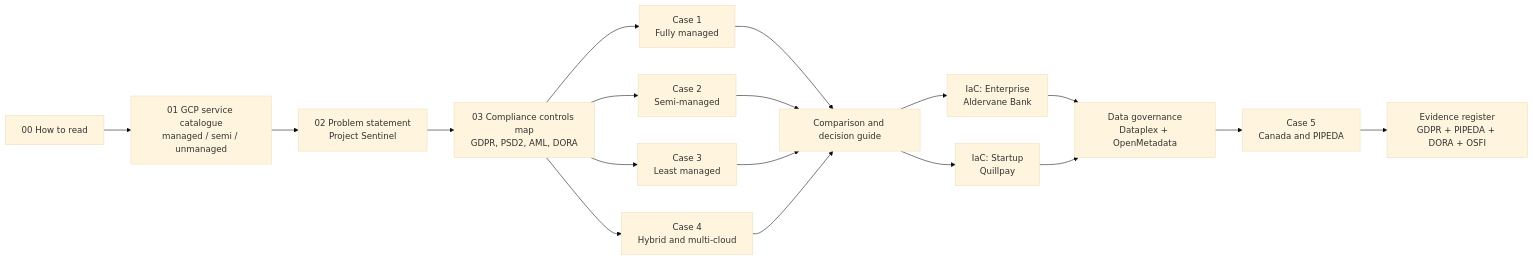
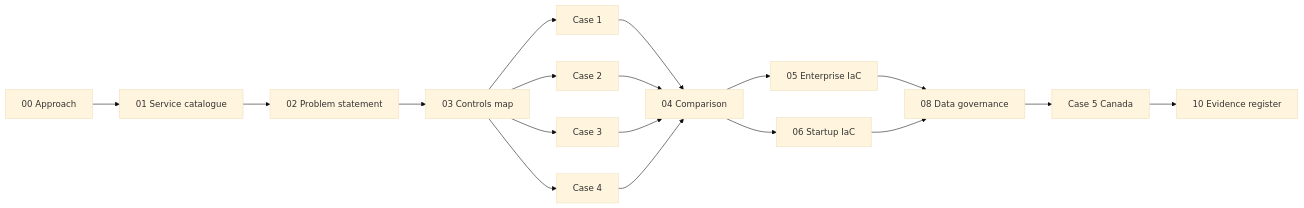
Before and after one commit to KshitijV97/gcp-fintech-architecture-playbook: the first of 2 diagrams in README.md, drawn with Mermaid (base theme). The commit also changed other lines of this file and 49 other files, not shown here.

````diff
--- a/README.md
+++ b/README.md
@@ -35,16 +71,12 @@
 ```mermaid
 flowchart LR
-    A["00 How to read"] --> B["01 GCP service catalogue<br/>managed / semi / unmanaged"]
-    B --> C["02 Problem statement<br/>Project Sentinel"]
-    C --> D["03 Compliance controls map<br/>GDPR, PSD2, AML, DORA"]
-    D --> E1["Case 1<br/>Fully managed"]
-    D --> E2["Case 2<br/>Semi-managed"]
-    D --> E3["Case 3<br/>Least managed"]
-    D --> E4["Case 4<br/>Hybrid and multi-cloud"]
-    E1 & E2 & E3 & E4 --> F["Comparison and decision guide"]
-    F --> G1["IaC: Enterprise<br/>Aldervane Bank"]
-    F --> G2["IaC: Startup<br/>Quillpay"]
-    G1 & G2 --> H["Data governance<br/>Dataplex + OpenMetadata"]
-    H --> I["Case 5<br/>Canada and PIPEDA"]
-    I --> J["Evidence register<br/>GDPR + PIPEDA + DORA + OSFI"]
+    A["00 Approach"] --> B["01 Service catalogue"]
+    B --> C["02 Problem statement"]
+    C --> D["03 Controls map"]
+    D --> E1["Case 1"] & E2["Case 2"] & E3["Case 3"] & E4["Case 4"]
+    E1 & E2 & E3 & E4 --> F["04 Comparison"]
+    F --> G1["05 Enterprise IaC"] & G2["06 Startup IaC"]
+    G1 & G2 --> H["08 Data governance"]
+    H --> I["Case 5 Canada"]
+    I --> J["10 Evidence register"]
 ```
````
